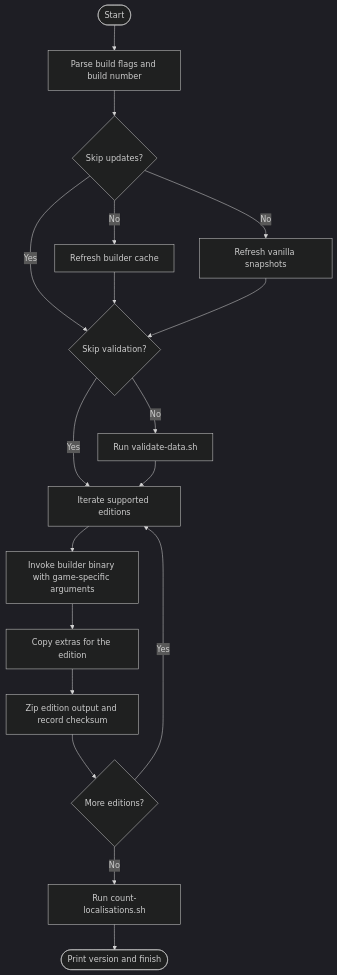
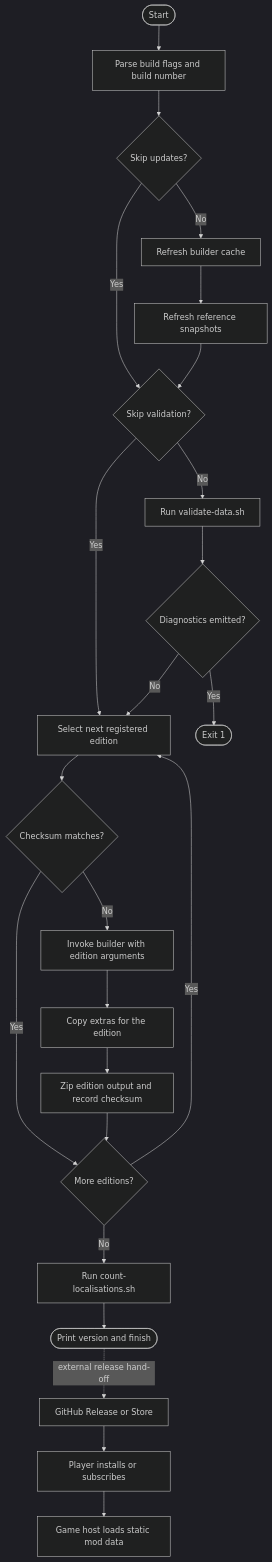
The third of 8 diagrams in ARCHITECTURE.md (hmlendea/more-cultural-names), drawn with Mermaid (dark theme) before and after one commit. The commit also changed other lines of this file, not shown here.

Commit message:
architecture: Created ARCHITECTURE.md

````diff
--- a/ARCHITECTURE.md
+++ b/ARCHITECTURE.md
@@ -106,20 +125,27 @@
 ```mermaid
 flowchart TD
     Start([Start]) --> Args[Parse build flags and build number]
     Args --> MaybeUpdate{Skip updates?}
     MaybeUpdate -->|No| UpdateBuilder[Refresh builder cache]
-    MaybeUpdate -->|No| UpdateVanilla[Refresh vanilla snapshots]
+    UpdateBuilder --> UpdateVanilla[Refresh reference snapshots]
     MaybeUpdate -->|Yes| MaybeValidate
-    UpdateBuilder --> MaybeValidate{Skip validation?}
     UpdateVanilla --> MaybeValidate
+    MaybeValidate{Skip validation?}
     MaybeValidate -->|No| Validate[Run validate-data.sh]
     MaybeValidate -->|Yes| BuildLoop
-    Validate --> BuildLoop[Iterate supported editions]
-    BuildLoop --> BuilderInvoke[Invoke builder binary with game-specific arguments]
+    Validate --> Diagnostics{Diagnostics emitted?}
+    Diagnostics -->|Yes| Abort([Exit 1])
+    Diagnostics -->|No| BuildLoop[Select next registered edition]
+    BuildLoop --> Cache{Checksum matches?}
+    Cache -->|Yes| MoreEditions
+    Cache -->|No| BuilderInvoke[Invoke builder with edition arguments]
     BuilderInvoke --> CopyExtras[Copy extras for the edition]
     CopyExtras --> ZipOutput[Zip edition output and record checksum]
     ZipOutput --> MoreEditions{More editions?}
     MoreEditions -->|Yes| BuildLoop
     MoreEditions -->|No| Count[Run count-localisations.sh]
-    Count --> End([Print version and finish])
+    Count --> Package([Print version and finish])
+    Package -.->|external release hand-off| Distribution[GitHub Release or Store]
+    Distribution --> Install[Player installs or subscribes]
+    Install --> Host[Game host loads static mod data]
 ```
````
